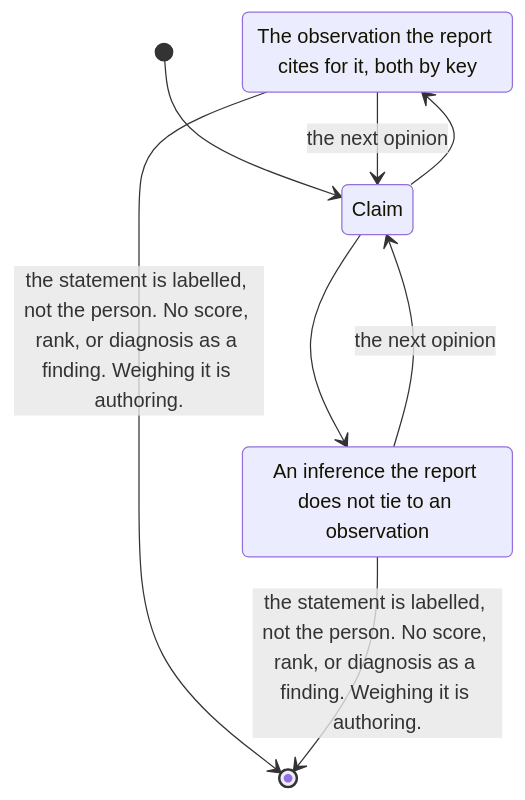
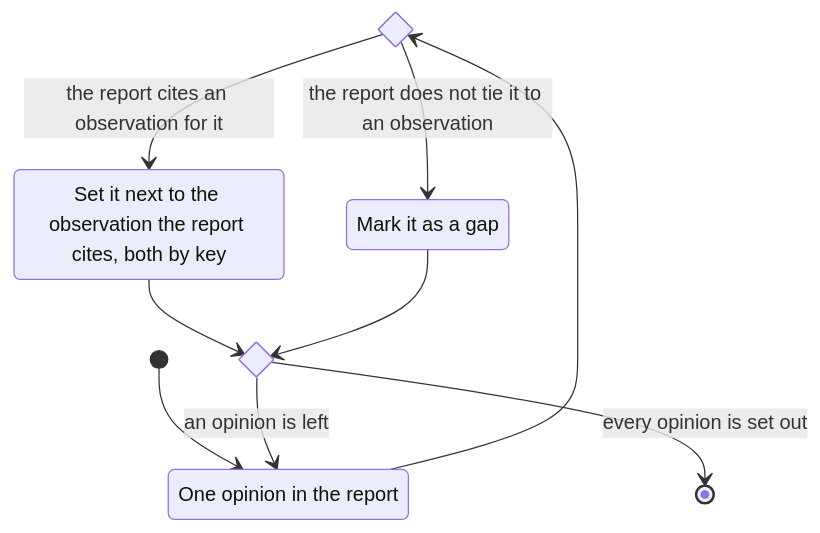
One commit to evidlabel/skills changed the diagram in analysis/psychology/opinion/index.md. Above: the diagram before and after it, drawn with Mermaid. The commit also changed 23 other files, not shown here.

````diff
--- a/analysis/psychology/opinion/index.md
+++ b/analysis/psychology/opinion/index.md
@@ -10,14 +10,17 @@
 ```mermaid
 stateDiagram-v2
-  state "The observation the report cites for it, both by key" as Paired
-  state "An inference the report does not tie to an observation" as Gap
+  state Tie <<choice>>
+  state Next <<choice>>
+  state "One opinion in the report" as Claim
+  state "Set it next to the observation the report cites, both by key" as Paired
+  state "Mark it as a gap" as Gap
 
   [*] --> Claim
-  state Claim <<choice>>
-  Claim --> Paired
-  Claim --> Gap
-  Paired --> Claim: the next opinion
-  Gap --> Claim: the next opinion
-  Paired --> [*]: the statement is labelled, not the person. No score, rank, or diagnosis as a finding. Weighing it is authoring.
-  Gap --> [*]: the statement is labelled, not the person. No score, rank, or diagnosis as a finding. Weighing it is authoring.
+  Claim --> Tie
+  Tie --> Paired: the report cites an observation for it
+  Tie --> Gap: the report does not tie it to an observation
+  Paired --> Next
+  Gap --> Next
+  Next --> Claim: an opinion is left
+  Next --> [*]: every opinion is set out
 ```
````
